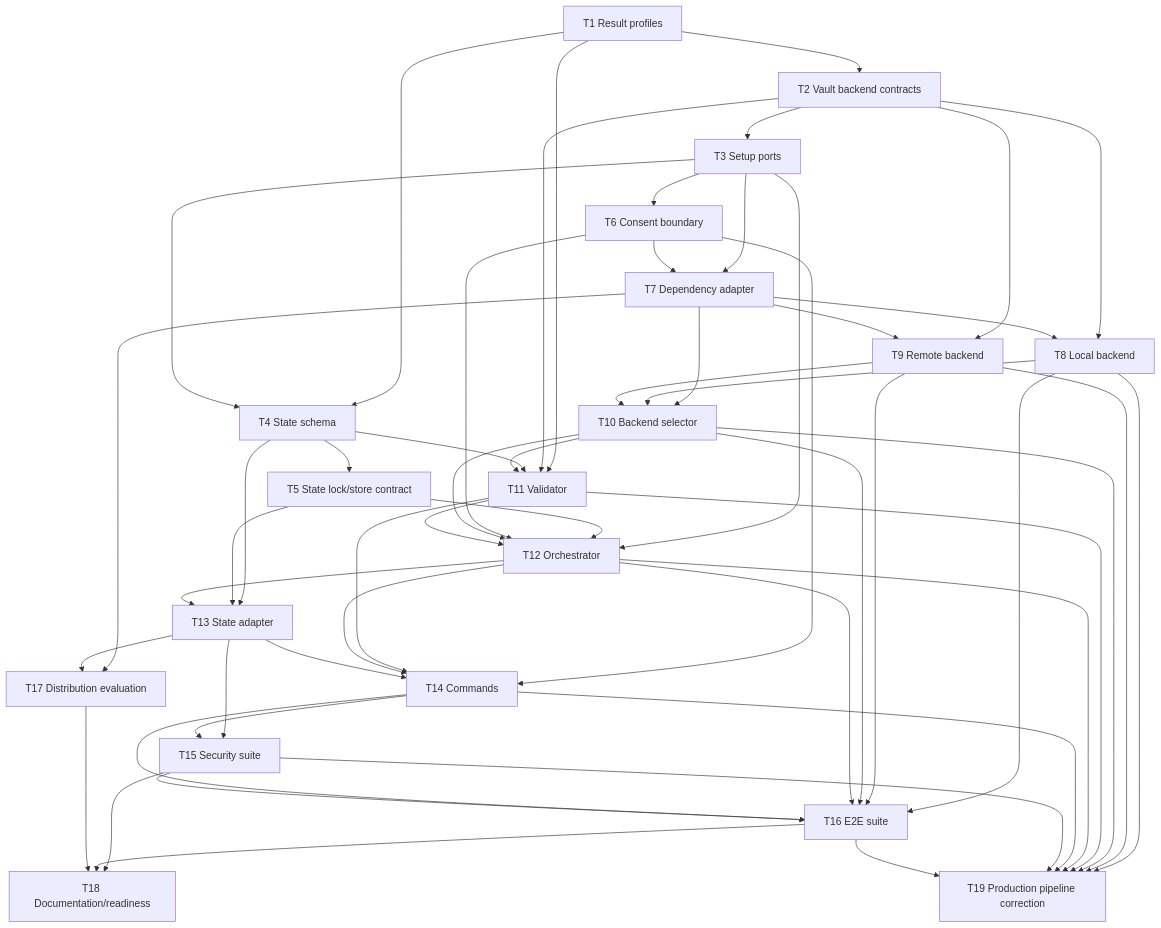
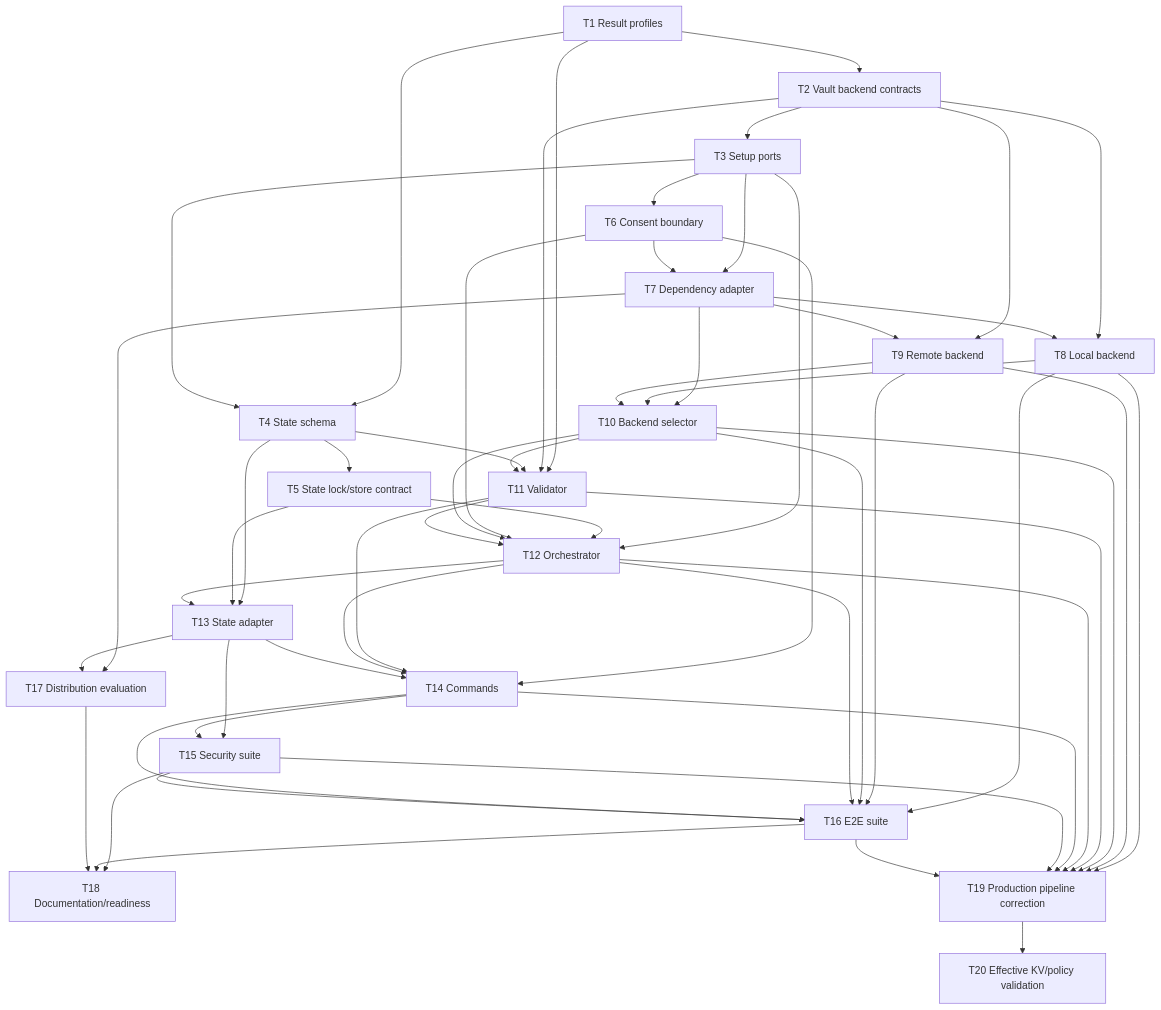
Before and after one commit to fean-developer/devvault: the diagram in .specs/features/devvault-setup/tasks.md, drawn with Mermaid. The commit also changed other lines of this file and 24 other files, not shown here.

Commit message:
fix(setup): validate effective kv and policy readiness

````diff
--- a/.specs/features/devvault-setup/tasks.md
+++ b/.specs/features/devvault-setup/tasks.md
@@ -507,55 +529,56 @@
 ```mermaid
 flowchart TD
     T1[T1 Result profiles] --> T2[T2 Vault backend contracts]
     T2 --> T3[T3 Setup ports]
     T1 --> T4[T4 State schema]
     T3 --> T4
     T4 --> T5[T5 State lock/store contract]
     T3 --> T6[T6 Consent boundary]
     T3 --> T7[T7 Dependency adapter]
     T6 --> T7
     T2 --> T8[T8 Local backend]
     T7 --> T8
     T2 --> T9[T9 Remote backend]
     T7 --> T9
     T7 --> T10[T10 Backend selector]
     T8 --> T10
     T9 --> T10
     T1 --> T11[T11 Validator]
     T2 --> T11
     T4 --> T11
     T10 --> T11
     T3 --> T12[T12 Orchestrator]
     T5 --> T12
     T6 --> T12
     T10 --> T12
     T11 --> T12
     T4 --> T13[T13 State adapter]
     T5 --> T13
     T12 --> T13
     T6 --> T14[T14 Commands]
     T11 --> T14
     T12 --> T14
     T13 --> T14
     T13 --> T15[T15 Security suite]
     T14 --> T15
     T8 --> T16[T16 E2E suite]
     T9 --> T16
     T10 --> T16
     T12 --> T16
     T14 --> T16
     T15 --> T16
     T7 --> T17[T17 Distribution evaluation]
     T13 --> T17
     T15 --> T18[T18 Documentation/readiness]
     T16 --> T18
     T17 --> T18
     T8 --> T19[T19 Production pipeline correction]
     T9 --> T19
     T10 --> T19
     T11 --> T19
     T12 --> T19
     T14 --> T19
     T15 --> T19
     T16 --> T19
+    T19 --> T20[T20 Effective KV/policy validation]
 ```
````
